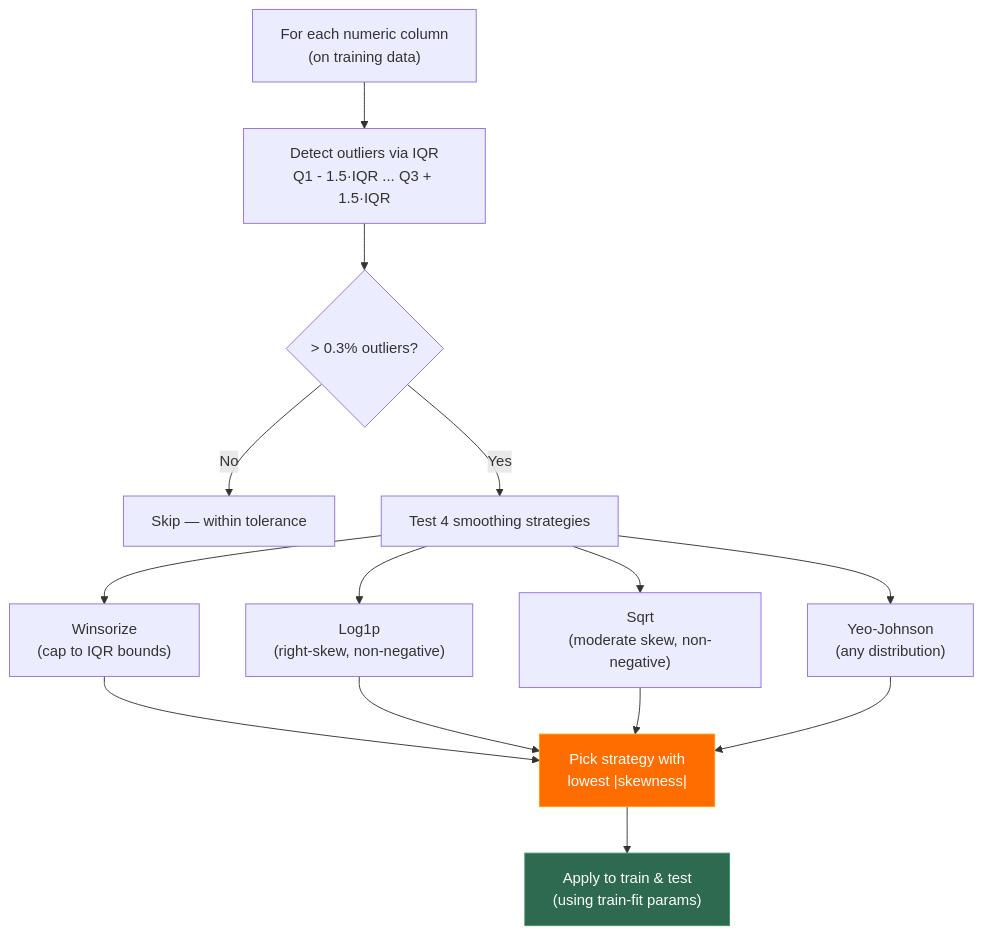
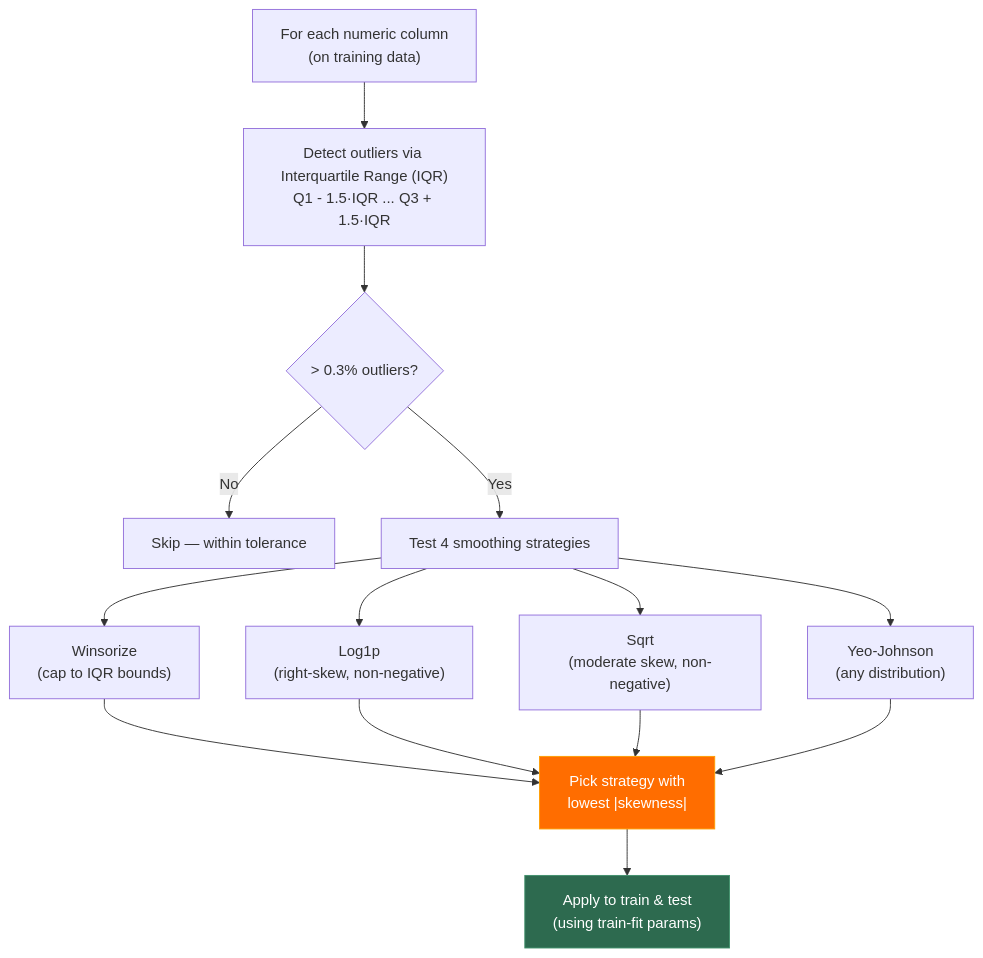
Before and after one commit to VICKYPATIL2525/Mindspace-ml-pipeline-text-to-mentel-health-class: the fifth of 7 diagrams in PIPELINE_FLOW_CLEAN.md, drawn with Mermaid. The commit also changed other lines of this file, not shown here.

Commit message:
Flow update

````diff
--- a/PIPELINE_FLOW_CLEAN.md
+++ b/PIPELINE_FLOW_CLEAN.md
@@ -195,23 +195,23 @@
 ```mermaid
 flowchart TD
     COL["For each numeric column\n(on training data)"]
-    DETECT["Detect outliers via IQR\nQ1 - 1.5·IQR ... Q3 + 1.5·IQR"]
+    DETECT["Detect outliers via Interquartile Range (IQR)\nQ1 - 1.5·IQR ... Q3 + 1.5·IQR"]
     CHECK{"> 0.3% outliers?"}
     SKIP["Skip — within tolerance"]
     TEST["Test 4 smoothing strategies"]
     W["Winsorize\n(cap to IQR bounds)"]
     L["Log1p\n(right-skew, non-negative)"]
     SQ["Sqrt\n(moderate skew, non-negative)"]
     YJ["Yeo-Johnson\n(any distribution)"]
     PICK["Pick strategy with\nlowest |skewness|"]
     APPLY["Apply to train & test\n(using train-fit params)"]
 
     COL --> DETECT --> CHECK
     CHECK -->|No| SKIP
     CHECK -->|Yes| TEST
     TEST --> W & L & SQ & YJ
     W & L & SQ & YJ --> PICK --> APPLY
 
     style PICK fill:#ff6d00,stroke:#ff9e00,color:#fff
     style APPLY fill:#2d6a4f,stroke:#40916c,color:#fff
 ```
````
